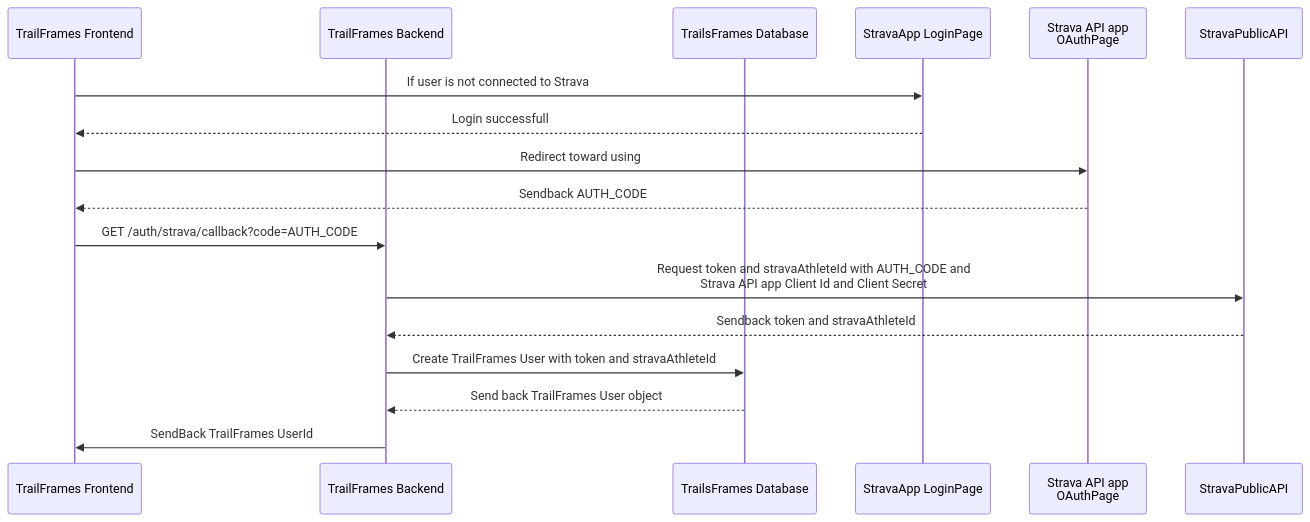
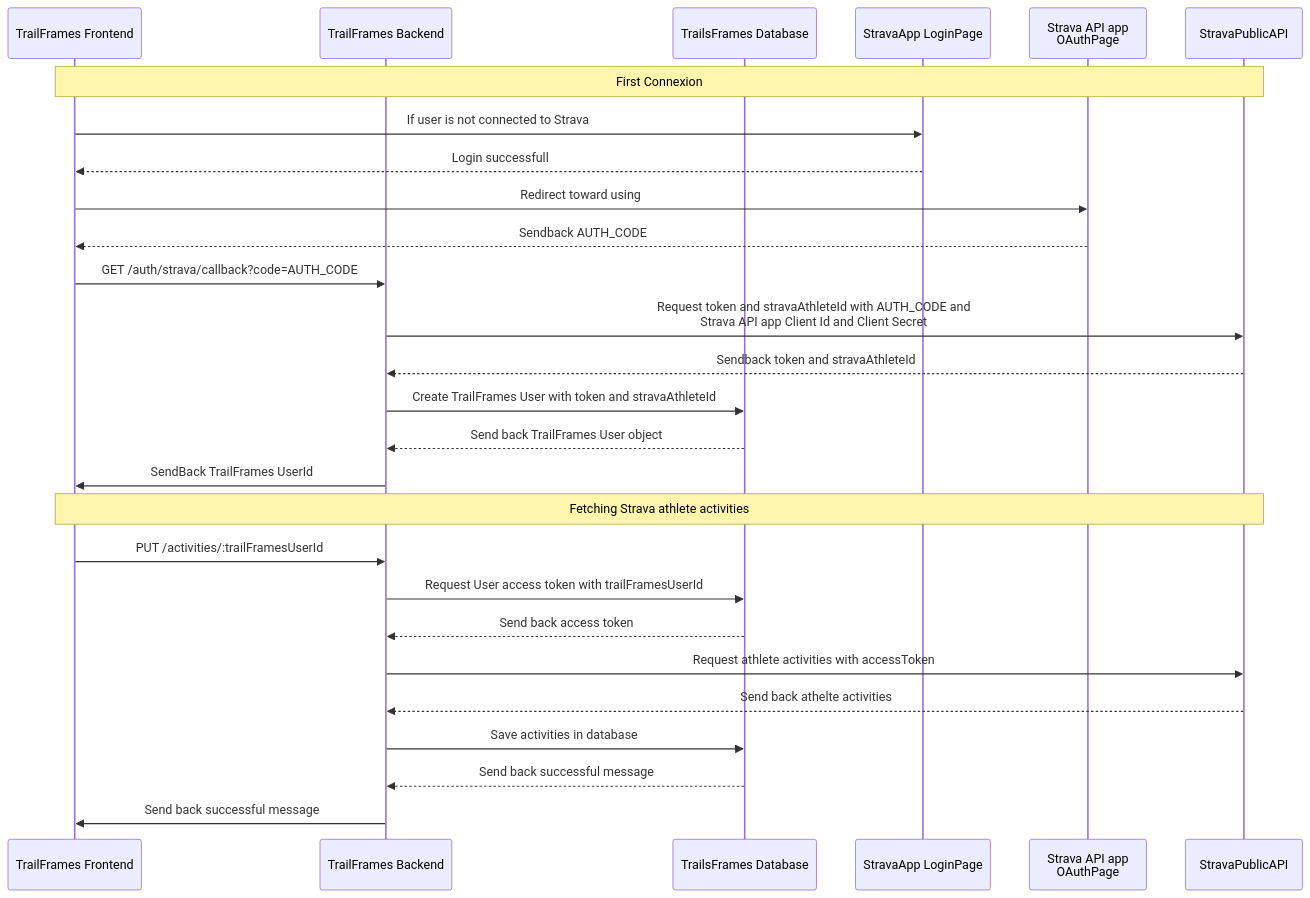
The diagram in docs/user-introduction-sequence-diagram.mermaid (NicolasChambon/TrailFrames), drawn with Mermaid before and after one commit.

Commit message:
modify doc seuqence diagram

````diff
--- a/docs/user-introduction-sequence-diagram.mermaid
+++ b/docs/user-introduction-sequence-diagram.mermaid
@@ -1,20 +1,33 @@
 ```mermaid
  sequenceDiagram
     participant TrailFramesFrontend as TrailFrames Frontend
     participant TrailFramesBackend as TrailFrames Backend
     participant TrailFramesDatabase as TrailsFrames Database
     participant StravaAppLoginPage as StravaApp LoginPage
     participant StravaAPIAppOAuthPage as Strava API app <br/> OAuthPage
     participant StravaPublicAPI
+
+    Note over TrailFramesFrontend, StravaPublicAPI: First Connexion
 
     TrailFramesFrontend->>StravaAppLoginPage: If user is not connected to Strava
     StravaAppLoginPage-->>TrailFramesFrontend: Login successfull
     TrailFramesFrontend->>StravaAPIAppOAuthPage: Redirect toward using
     StravaAPIAppOAuthPage-->>TrailFramesFrontend: Sendback AUTH_CODE
     TrailFramesFrontend->>TrailFramesBackend: GET /auth/strava/callback?code=AUTH_CODE
     TrailFramesBackend->>StravaPublicAPI: Request token and stravaAthleteId with AUTH_CODE and<br/>Strava API app Client Id and Client Secret
     StravaPublicAPI-->>TrailFramesBackend: Sendback token and stravaAthleteId
     TrailFramesBackend->>TrailFramesDatabase: Create TrailFrames User with token and stravaAthleteId
     TrailFramesDatabase-->>TrailFramesBackend: Send back TrailFrames User object
     TrailFramesBackend->>TrailFramesFrontend: SendBack TrailFrames UserId
+
+   Note over TrailFramesFrontend, StravaPublicAPI: Fetching Strava athlete activities
+
+   TrailFramesFrontend->>TrailFramesBackend: PUT /activities/:trailFramesUserId
+   TrailFramesBackend->>TrailFramesDatabase: Request User access token with trailFramesUserId
+   TrailFramesDatabase-->>TrailFramesBackend: Send back access token
+   TrailFramesBackend->>StravaPublicAPI: Request athlete activities with accessToken
+   StravaPublicAPI-->>TrailFramesBackend: Send back athelte activities
+   TrailFramesBackend->>TrailFramesDatabase: Save activities in database
+   TrailFramesDatabase-->>TrailFramesBackend: Send back successful message
+   TrailFramesBackend->> TrailFramesFrontend: Send back successful message
 ```
````
